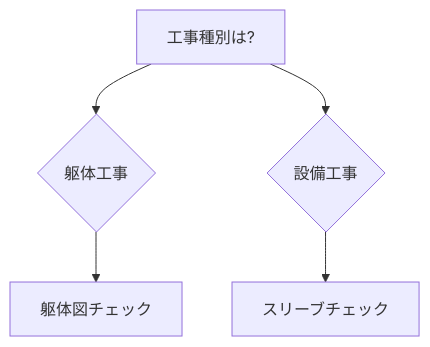
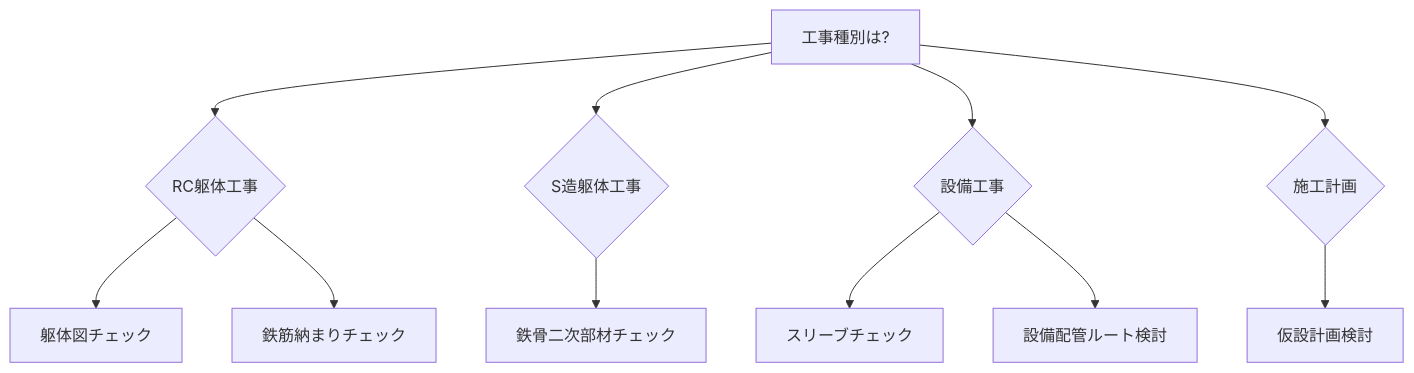
The diagram in docs/bim/recipes/index.md (bmwz376-cmd/-BIM-), drawn with Mermaid before and after one commit. The commit also changed other lines of this file and 30 other files, not shown here.

First line of the commit message:
feat: コンテンツ大幅拡充 - BIMレシピ4本、施工図基礎3本、NG事例、英語翻訳対応

````diff
--- a/docs/bim/recipes/index.md
+++ b/docs/bim/recipes/index.md
@@ -44,7 +74,13 @@
 ```mermaid
 graph TD
-    A[工事種別は?] --> B{躯体工事}
-    A --> C{設備工事}
-    B --> E[躯体図チェック]
-    C --> G[スリーブチェック]
+    A[工事種別は?] --> B{RC躯体工事}
+    A --> C{S造躯体工事}
+    A --> D{設備工事}
+    A --> E{施工計画}
+    B --> F[躯体図チェック]
+    B --> G[鉄筋納まりチェック]
+    C --> H[鉄骨二次部材チェック]
+    D --> I[スリーブチェック]
+    D --> J[設備配管ルート検討]
+    E --> K[仮設計画検討]
 ```
````
